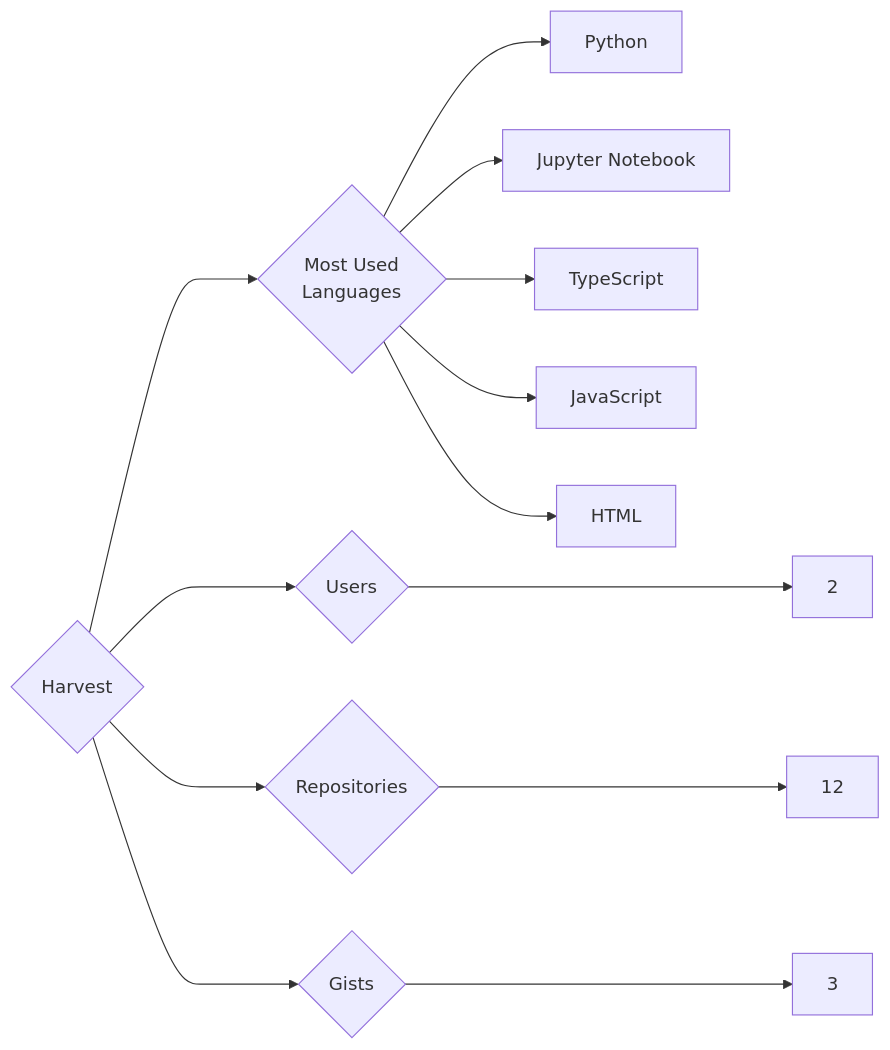
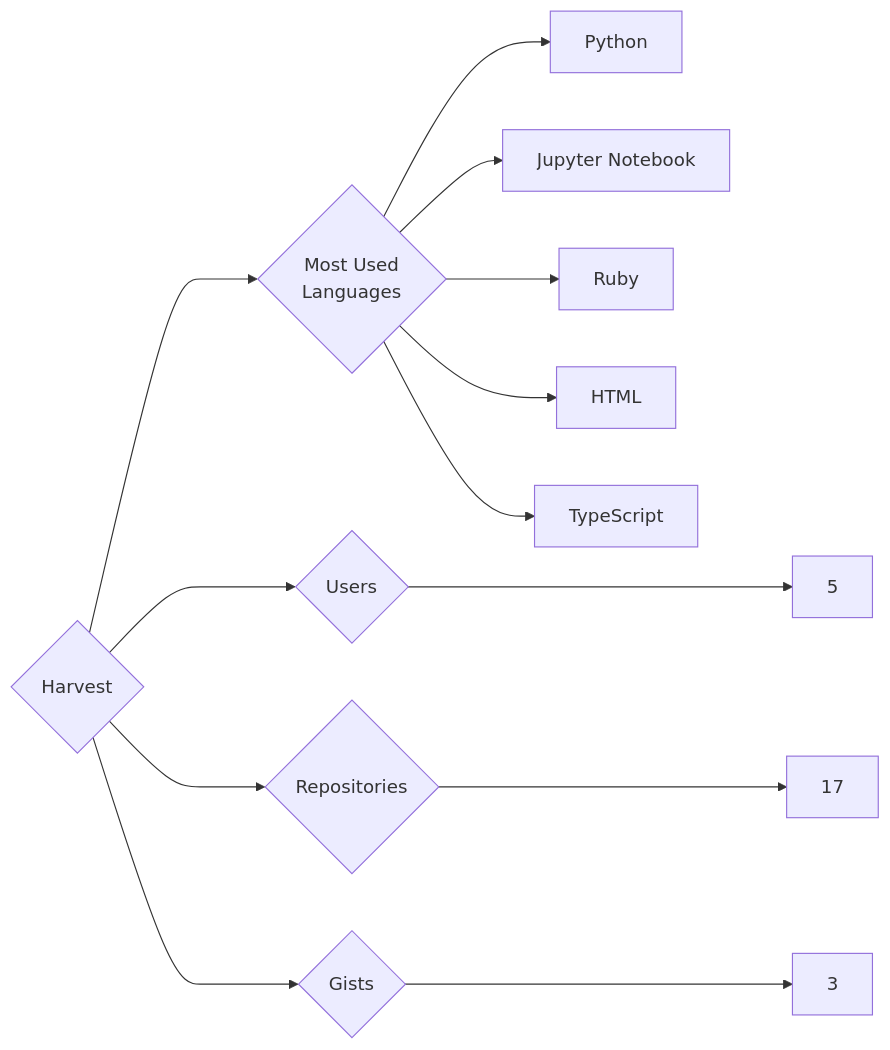
Before and after one commit to trickest/insiders: the diagram in targets/Harvest/README.md, drawn with Mermaid. The commit also changed 1055 other files, not shown here.

````diff
--- a/targets/Harvest/README.md
+++ b/targets/Harvest/README.md
@@ -3,13 +3,13 @@
 ```mermaid
 graph LR
 COMPANY_NAME{Harvest}
-COMPANY_NAME ---> U{Users} ---> UN[2]
-COMPANY_NAME ---> R{Repositories} ---> RN[12]
+COMPANY_NAME ---> U{Users} ---> UN[5]
+COMPANY_NAME ---> R{Repositories} ---> RN[17]
 COMPANY_NAME ---> G{Gists} ---> GN[3]
 COMPANY_NAME ---> ML{Most Used<br>Languages}
 ML --> Python[Python]
 ML --> Jupyter_Notebook[Jupyter Notebook]
+ML --> Ruby[Ruby]
+ML --> HTML[HTML]
 ML --> TypeScript[TypeScript]
-ML --> JavaScript[JavaScript]
-ML --> HTML[HTML]
 ```
````
